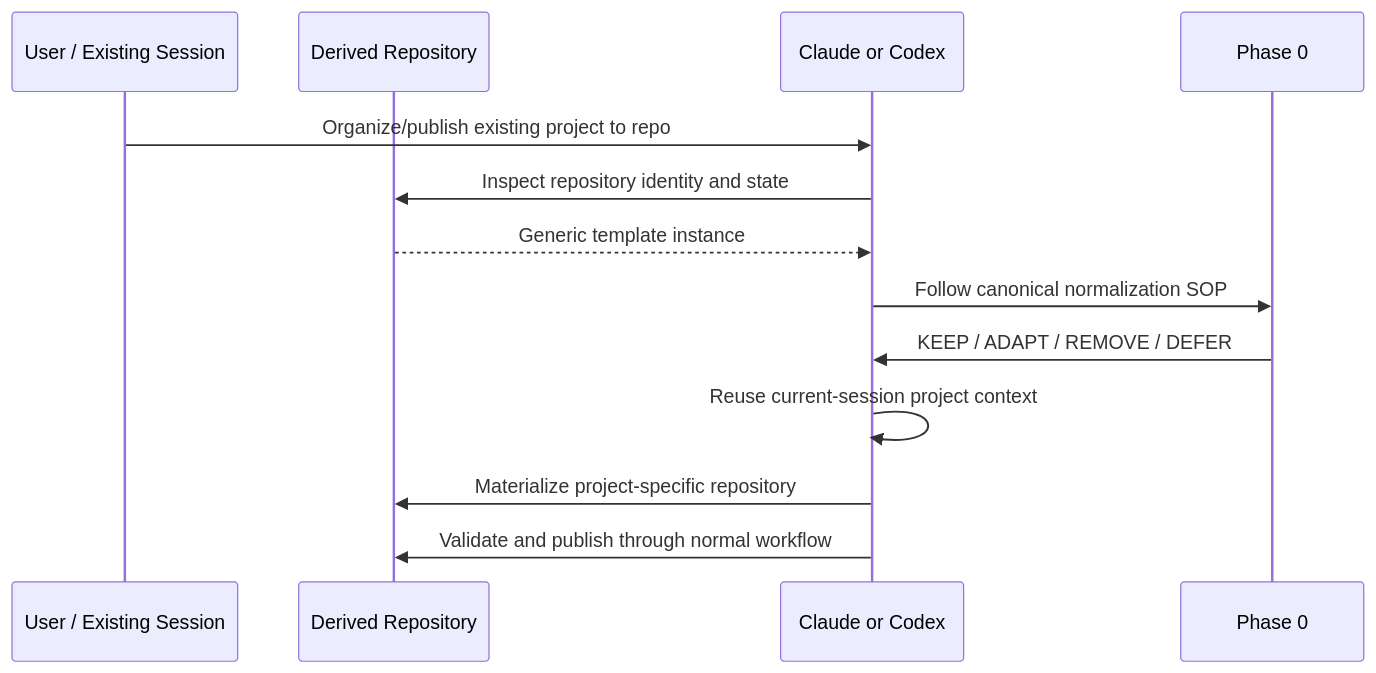
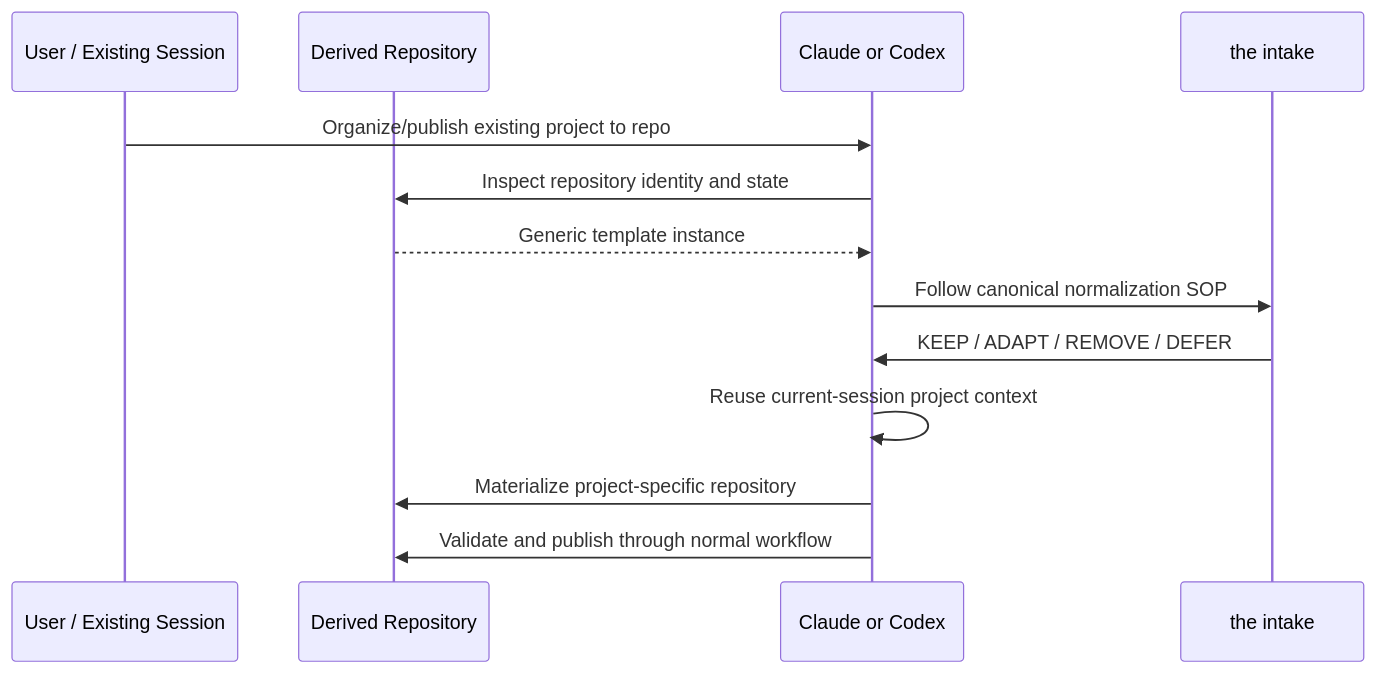
One commit to Daniel-T-S-Adams/AI-repo-template changed the second of 2 diagrams in docs/ARCHITECTURE.md. Above: the diagram before and after it, drawn with Mermaid. The commit also changed other lines of this file and 49 other files, not shown here.

First line of the commit message:
feat: slot-based context architecture and AI review pipeline (#1)

````diff
--- a/docs/ARCHITECTURE.md
+++ b/docs/ARCHITECTURE.md
@@ -46,16 +46,16 @@
 ```mermaid
 sequenceDiagram
     participant U as User / Existing Session
     participant R as Derived Repository
     participant A as Claude or Codex
-    participant P as Phase 0
+    participant P as the intake
 
     U->>A: Organize/publish existing project to repo
     A->>R: Inspect repository identity and state
     R-->>A: Generic template instance
     A->>P: Follow canonical normalization SOP
     P->>A: KEEP / ADAPT / REMOVE / DEFER
     A->>A: Reuse current-session project context
     A->>R: Materialize project-specific repository
     A->>R: Validate and publish through normal workflow
 ```
````
